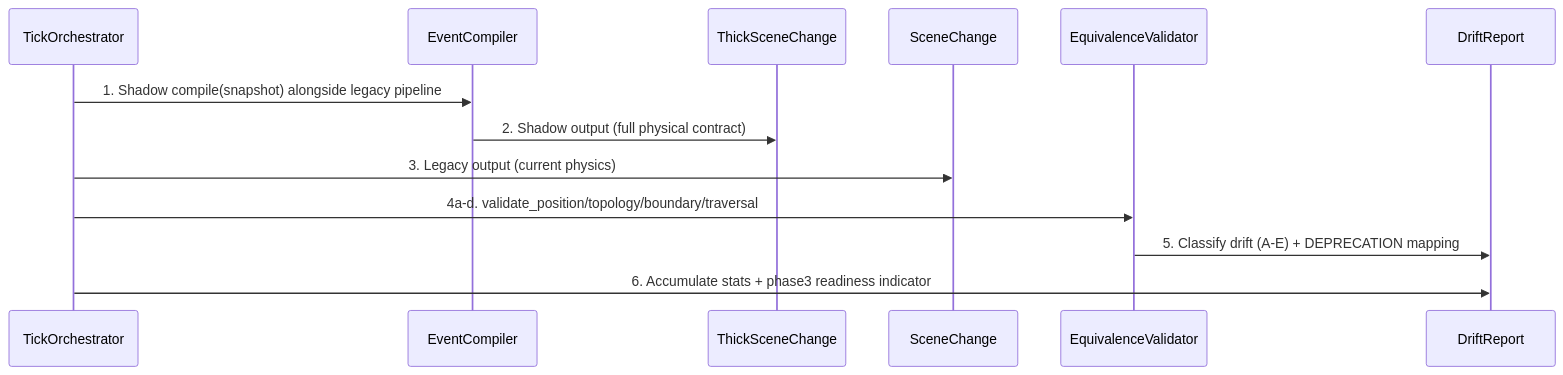
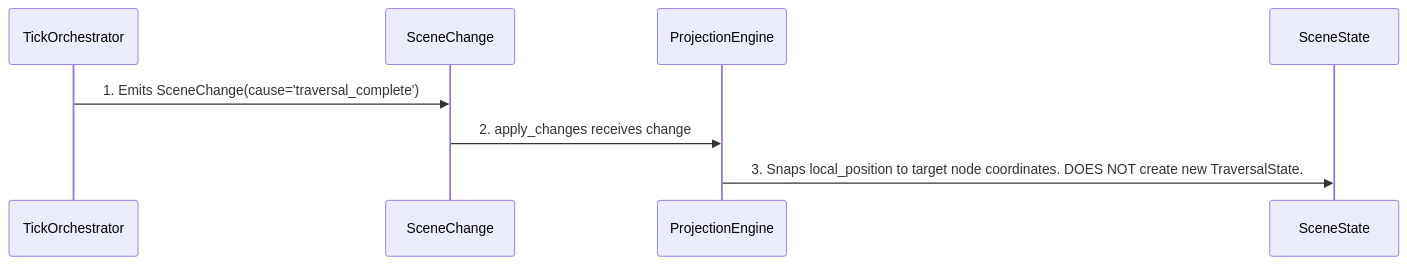
Before and after one commit to 4Um4/Enigma: diagram 18 of 32 in docs/ARCHITECTURE_FLOW_GENERATED.md, drawn with Mermaid. The commit also changed other lines of this file and 80 other files, not shown here.

````diff
--- a/docs/ARCHITECTURE_FLOW_GENERATED.md
+++ b/docs/ARCHITECTURE_FLOW_GENERATED.md
@@ -912,15 +868,10 @@
 ```mermaid
 sequenceDiagram
 participant TickOrchestrator
-participant EventCompiler
-participant ThickSceneChange
 participant SceneChange
-participant EquivalenceValidator
-participant DriftReport
-TickOrchestrator->>EventCompiler: 1. Shadow compile(snapshot) alongside legacy pipeline
-EventCompiler->>ThickSceneChange: 2. Shadow output (full physical contract)
-TickOrchestrator->>SceneChange: 3. Legacy output (current physics)
-TickOrchestrator->>EquivalenceValidator: 4a-d. validate_position/topology/boundary/traversal
-EquivalenceValidator->>DriftReport: 5. Classify drift (A-E) + DEPRECATION mapping
-TickOrchestrator->>DriftReport: 6. Accumulate stats + phase3 readiness indicator
+participant ProjectionEngine
+participant SceneState
+TickOrchestrator->>SceneChange: 1. Emits SceneChange(cause='traversal_complete')
+SceneChange->>ProjectionEngine: 2. apply_changes receives change
+ProjectionEngine->>SceneState: 3. Snaps local_position to target node coordinates. DOES NOT create new TraversalState.
 ```
````
